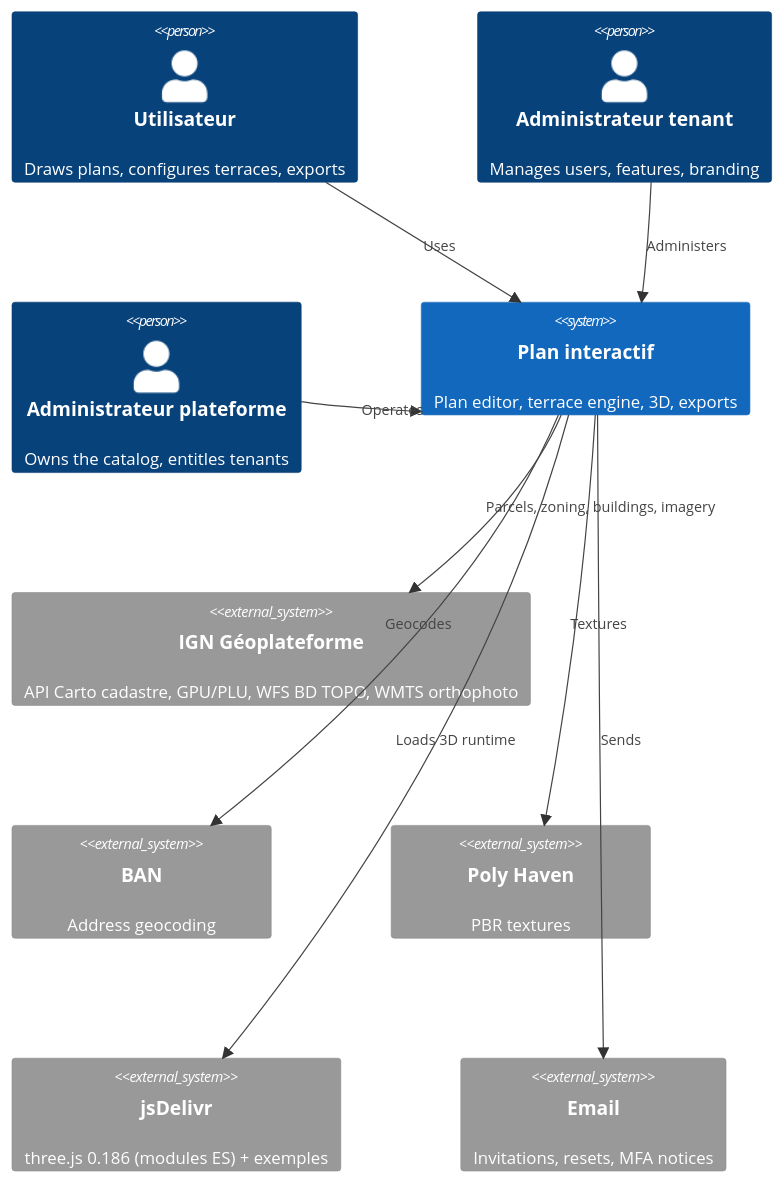
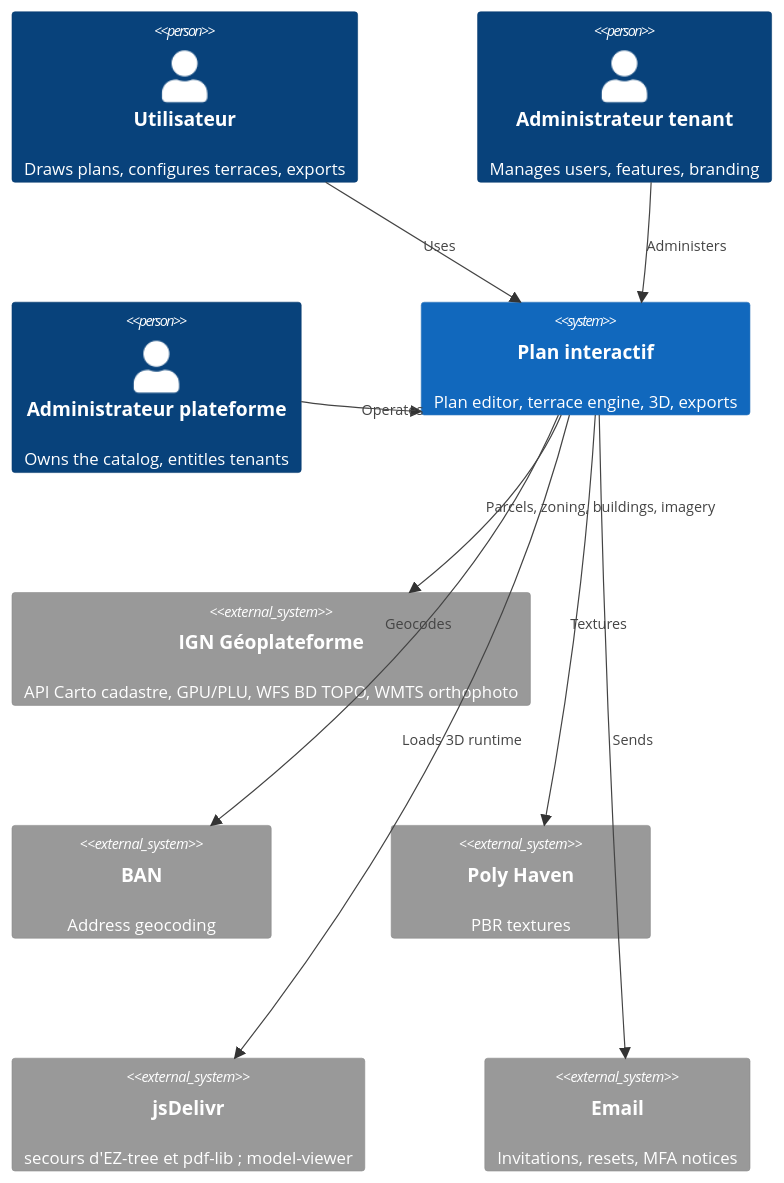
Before and after one commit to bertrandra/plan: the first of 2 diagrams in MD/architecture.md, drawn with Mermaid. The commit also changed other lines of this file and 14 other files, not shown here.

First line of the commit message:
three.js, EZ-tree et pdf-lib servis par la livraison (étape 5.2)

````diff
--- a/MD/architecture.md
+++ b/MD/architecture.md
@@ -30,23 +30,23 @@
 ```mermaid
 C4Context
   Person(member, "Utilisateur", "Draws plans, configures terraces, exports")
   Person(tadmin, "Administrateur tenant", "Manages users, features, branding")
   Person(padmin, "Administrateur plateforme", "Owns the catalog, entitles tenants")
 
   System(pi, "Plan interactif", "Plan editor, terrace engine, 3D, exports")
 
   System_Ext(ign, "IGN Géoplateforme", "API Carto cadastre, GPU/PLU, WFS BD TOPO, WMTS orthophoto")
   System_Ext(ban, "BAN", "Address geocoding")
   System_Ext(ph, "Poly Haven", "PBR textures")
-  System_Ext(cdn, "jsDelivr", "three.js 0.186 (modules ES) + exemples")
+  System_Ext(cdn, "jsDelivr", "secours d'EZ-tree et pdf-lib ; model-viewer")
   System_Ext(mail, "Email", "Invitations, resets, MFA notices")
 
   Rel(member, pi, "Uses")
   Rel(tadmin, pi, "Administers")
   Rel(padmin, pi, "Operates")
   Rel(pi, ign, "Parcels, zoning, buildings, imagery")
   Rel(pi, ban, "Geocodes")
   Rel(pi, ph, "Textures")
   Rel(pi, cdn, "Loads 3D runtime")
   Rel(pi, mail, "Sends")
 ```
````
